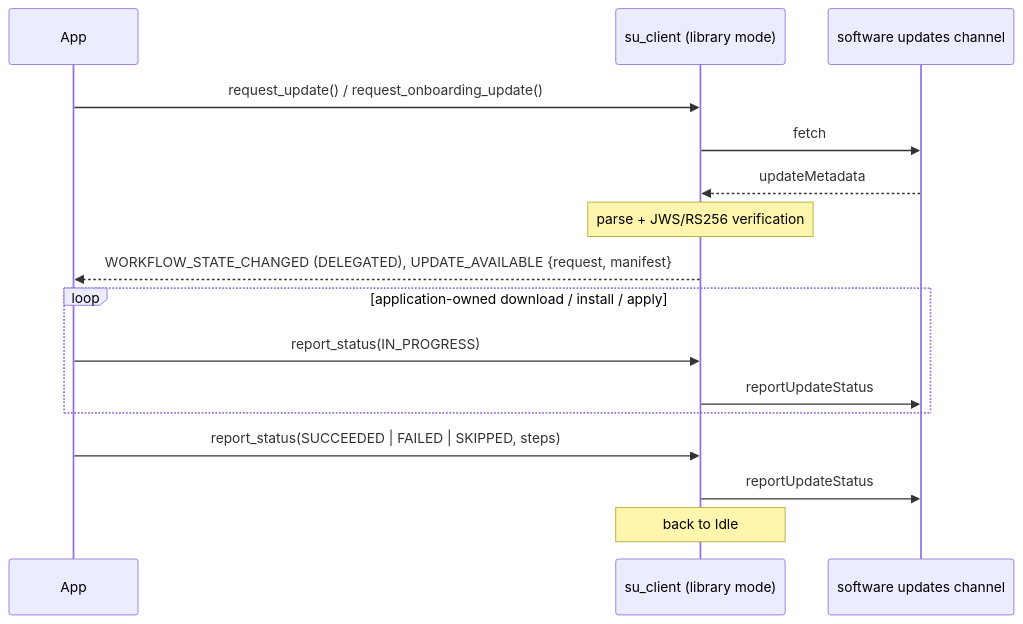
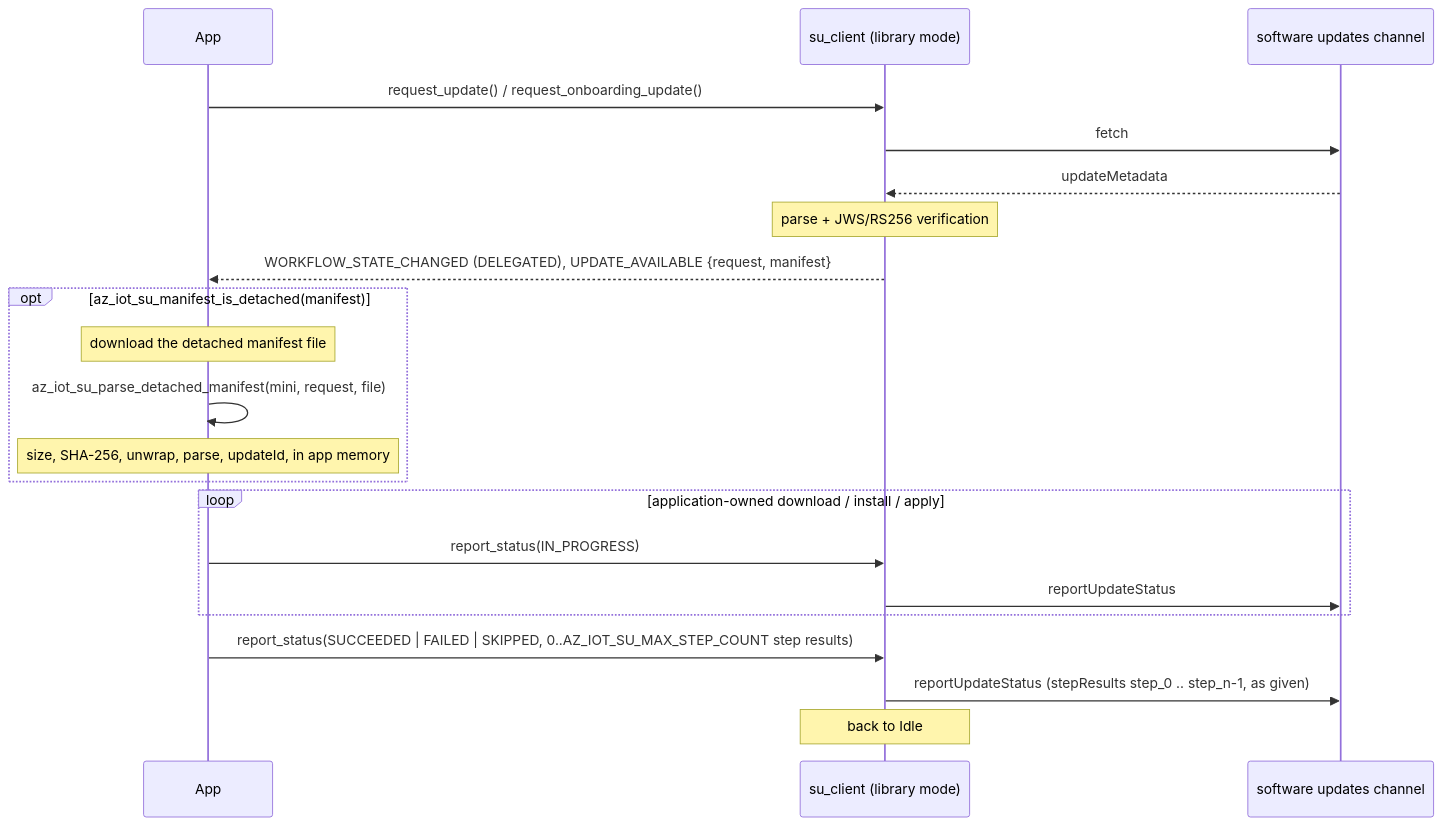
The sixth of 8 diagrams in c/docs/eng/software-updates.md (Azure/azure-iot-sdk), drawn with Mermaid before and after one commit. The commit also changed other lines of this file and 13 other files, not shown here.

````diff
--- a/c/docs/eng/software-updates.md
+++ b/c/docs/eng/software-updates.md
@@ -1442,19 +1453,24 @@
 ```mermaid
 sequenceDiagram
     participant App
     participant SU as su_client (library mode)
     participant Ch as software updates channel
 
     App->>SU: request_update() / request_onboarding_update()
     SU->>Ch: fetch
     Ch-->>SU: updateMetadata
     Note over SU: parse + JWS/RS256 verification
     SU-->>App: WORKFLOW_STATE_CHANGED (DELEGATED), UPDATE_AVAILABLE {request, manifest}
+    opt az_iot_su_manifest_is_detached(manifest)
+        Note over App: download the detached manifest file
+        App->>App: az_iot_su_parse_detached_manifest(mini, request, file)
+        Note over App: size, SHA-256, unwrap, parse, updateId, in app memory
+    end
     loop application-owned download / install / apply
         App->>SU: report_status(IN_PROGRESS)
         SU->>Ch: reportUpdateStatus
     end
-    App->>SU: report_status(SUCCEEDED | FAILED | SKIPPED, steps)
-    SU->>Ch: reportUpdateStatus
+    App->>SU: report_status(SUCCEEDED | FAILED | SKIPPED, 0..AZ_IOT_SU_MAX_STEP_COUNT step results)
+    SU->>Ch: reportUpdateStatus (stepResults step_0 .. step_n-1, as given)
     Note over SU: back to Idle
 ```
````
